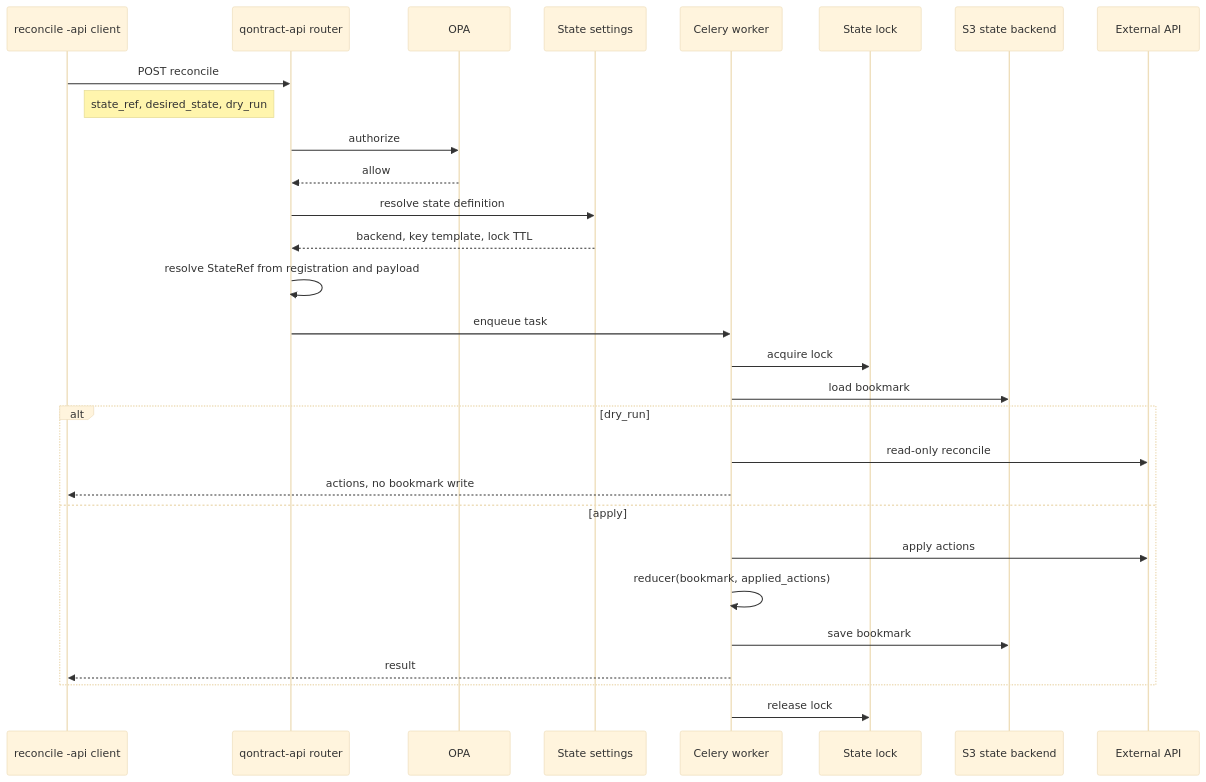
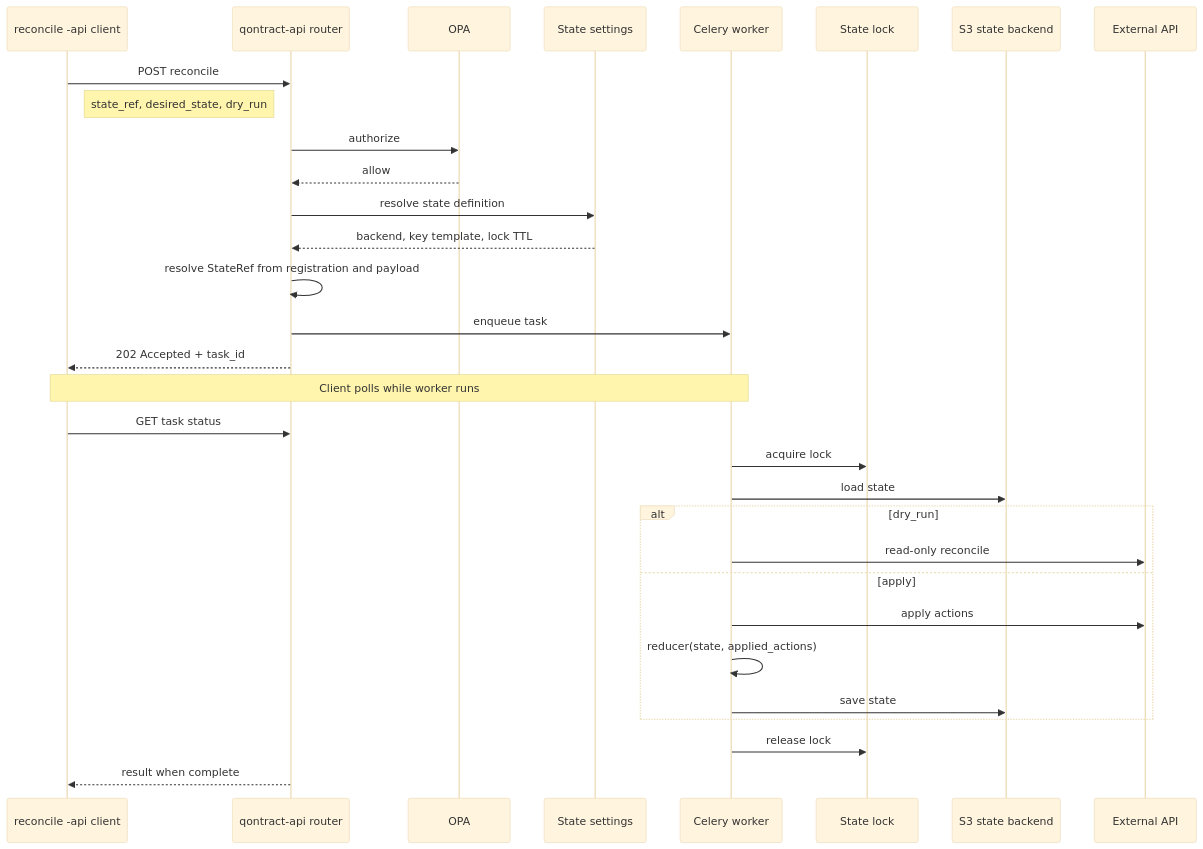
One commit to app-sre/qontract-reconcile changed the diagram in docs/adr/ADR-022-stateful-qontract-api-integrations.md. Above: the diagram before and after it, drawn with Mermaid (base theme). The commit also changed other lines of this file, not shown here.

Commit message:
docs(adr): ADR-022 sequence diagram ADR-003 client flow
Align async reconcile diagram with 202 + task polling, remove
W-->>C sync returns, and note router rejection of unregistered state_ref.

````diff
--- a/docs/adr/ADR-022-stateful-qontract-api-integrations.md
+++ b/docs/adr/ADR-022-stateful-qontract-api-integrations.md
@@ -50,31 +50,33 @@
 ```mermaid
 sequenceDiagram
     participant C as reconcile -api client
     participant R as qontract-api router
     participant A as OPA
     participant S as State settings
     participant W as Celery worker
     participant L as State lock
     participant B as S3 state backend
     participant E as External API
     C->>R: POST reconcile
     Note right of C: state_ref, desired_state, dry_run
     R->>A: authorize
     A-->>R: allow
     R->>S: resolve state definition
     S-->>R: backend, key template, lock TTL
     R->>R: resolve StateRef from registration and payload
     R->>W: enqueue task
+    R-->>C: 202 Accepted + task_id
+    Note over C,W: Client polls while worker runs
+    C->>R: GET task status
     W->>L: acquire lock
-    W->>B: load bookmark
+    W->>B: load state
     alt dry_run
         W->>E: read-only reconcile
-        W-->>C: actions, no bookmark write
     else apply
         W->>E: apply actions
-        W->>W: reducer(bookmark, applied_actions)
-        W->>B: save bookmark
-        W-->>C: result
+        W->>W: reducer(state, applied_actions)
+        W->>B: save state
     end
     W->>L: release lock
+    R-->>C: result when complete
 ```
````
